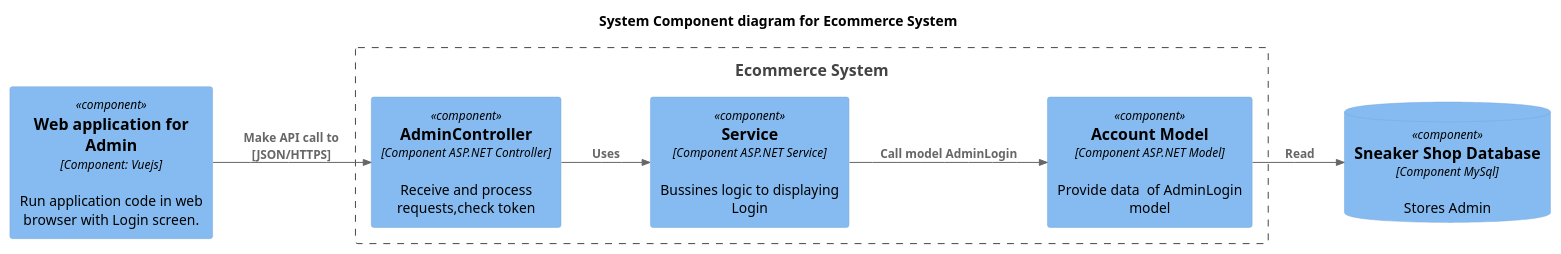
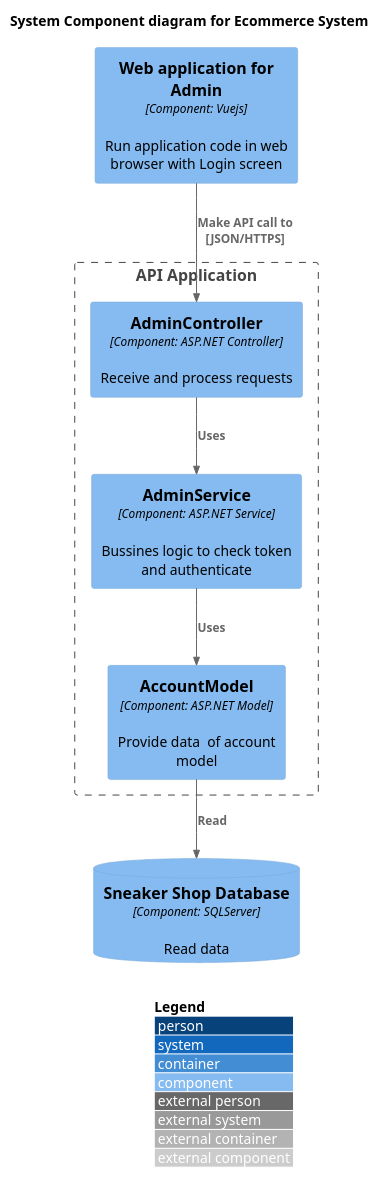
One commit to cuongchu264/PTTKHuongDoiTuong changed the diagram in C4 model/Component/AdminLogin.puml. Above: the diagram before and after it, drawn with PlantUML. The commit also changed 24 other files, not shown here.

Commit message:
Recheck component code

```diff
--- a/C4 model/Component/AdminLogin.puml
+++ b/C4 model/Component/AdminLogin.puml
@@ -1,23 +1,23 @@
 @startuml
 !include https://raw.githubusercontent.com/plantuml-stdlib/C4-PlantUML/master/C4_Component.puml
 ' uncomment the following line and comment the first to use locally
 ' !include C4_Component.puml
 
-LAYOUT_LEFT_RIGHT()
+LAYOUT_WITH_LEGEND()
 
 title System Component diagram for Ecommerce System
 
-Component(web_app, "Web application for Admin","Component: Vuejs", "Run application code in web browser with Login screen.")
-ComponentDb(db, "Sneaker Shop Database","Component MySql", "Stores Admin")
+Component(web_app, "Web application for Admin","Component: Vuejs", "Run application code in web browser with Login screen")
+ComponentDb(db, "Sneaker Shop Database","Component: SQLServer", "Read data")
 
-Boundary(System, "Ecommerce System") {
-    Component(Controller, "AdminController", "Component ASP.NET Controller", "Receive and process requests,check token")
-    Component(Service, "Service","Component ASP.NET Service", "Bussines logic to displaying Login")
-    Component(model, "Account Model", "Component ASP.NET Model", "Provide data  of AdminLogin model ")
+Boundary(System, "API Application") {
+    Component(Controller, "AdminController", "Component: ASP.NET Controller", "Receive and process requests")
+    Component(Service, "AdminService","Component: ASP.NET Service", "Bussines logic to check token and authenticate")
+    Component(model, "AccountModel", "Component: ASP.NET Model", "Provide data  of account model ")
 
     Rel(Controller, Service, "Uses")
-    Rel(Service, model, "Call model AdminLogin")
+    Rel(Service, model, "Uses")
     Rel(model, db, "Read")
     Rel(web_app,Controller, "Make API call to [JSON/HTTPS]")
 }
 @enduml
```
